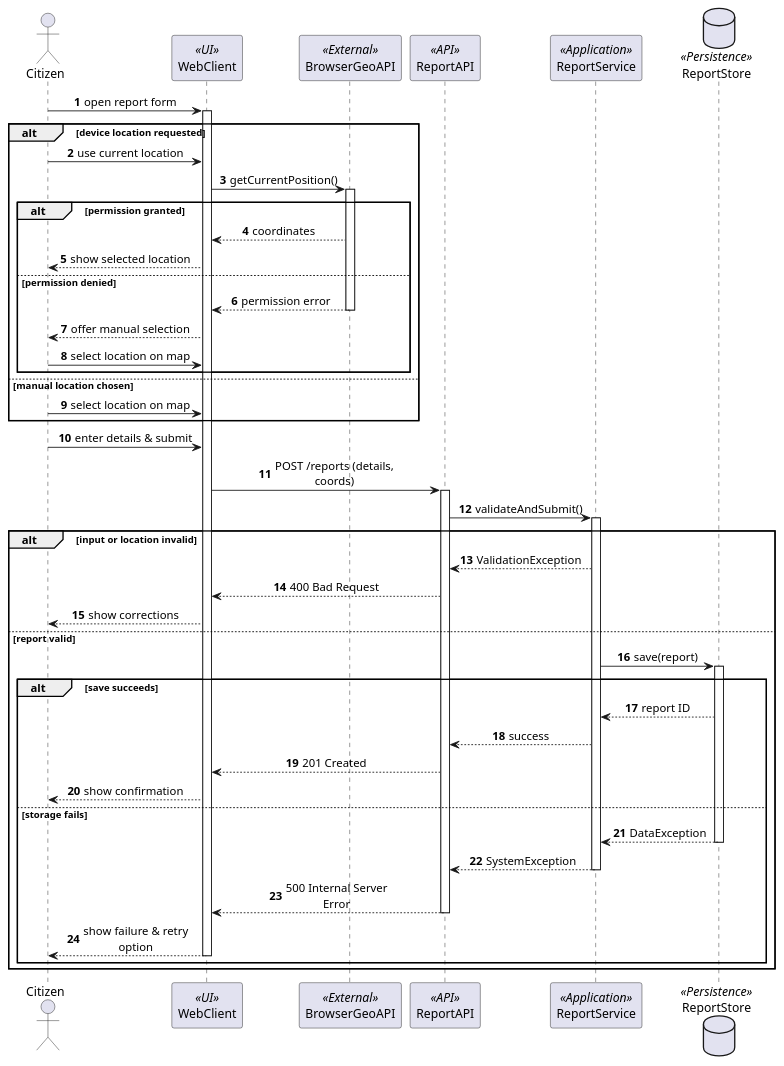
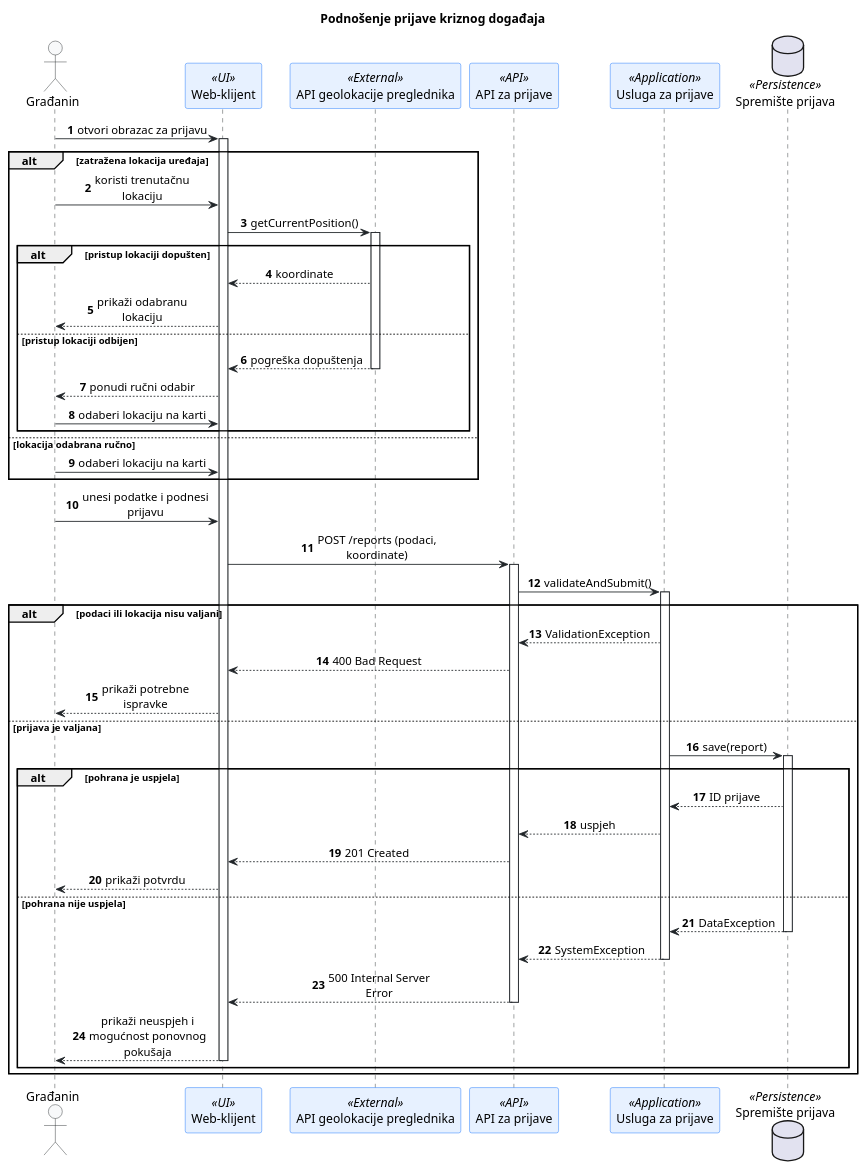
Before and after one commit to VladoSruk/Programsko-inzenjerstvo: the diagram in docs/puml/4-4-crisismap-report-submission-SD.puml, drawn with PlantUML. The commit also changed other lines of this file and 9 other files, not shown here.

First line of the commit message:
docs(uml): osvježi i standardiziraj CrisisMap UML dokumentaciju

```diff
--- a/docs/puml/4-4-crisismap-report-submission-SD.puml
+++ b/docs/puml/4-4-crisismap-report-submission-SD.puml
@@ -30,71 +19,80 @@
 @startuml
+title Podnošenje prijave kriznog događaja
 
 skinparam maxMessageSize 150
 skinparam shadowing false
 skinparam defaultFontName Arial
 skinparam sequenceMessageAlign center
+skinparam ArrowColor #212529
+
+skinparam sequence {
+    ParticipantBackgroundColor #E7F1FF
+    ParticipantBorderColor #0D6EFD
+    ActorBackgroundColor #F8F9FA
+    ActorBorderColor #212529
+    LifeLineBorderColor #212529
+}
 
 autonumber
 
 ' ==============================================================================
-' Lifelines (Stereotyped)
+' Sudionici (sa stereotipima)
 ' ==============================================================================
-actor Citizen as User
-participant WebClient as Web <<UI>>
-participant BrowserGeoAPI as Geo <<External>>
-participant ReportAPI as API <<API>>
-participant ReportService as Service <<Application>>
-database ReportStore as Store <<Persistence>>
+actor "Građanin" as User
+participant "Web-klijent" as Web <<UI>>
+participant "API geolokacije preglednika" as Geo <<External>>
+participant "API za prijave" as API <<API>>
+participant "Usluga za prijave" as Service <<Application>>
+database "Spremište prijava" as Store <<Persistence>>
 
 ' ==============================================================================
-' Phase 1: Location Resolution
+' Faza 1: određivanje lokacije
 ' ==============================================================================
-User -> Web++ : open report form
+User -> Web++ : otvori obrazac za prijavu
 
-alt device location requested
-  User -> Web : use current location
+alt zatražena lokacija uređaja
+  User -> Web : koristi trenutačnu lokaciju
   Web -> Geo++ : getCurrentPosition()
-  
-  alt permission granted
-    Geo --> Web : coordinates
-    Web --> User : show selected location
-  else permission denied
-    Geo --> Web-- : permission error
-    Web --> User : offer manual selection
-    User -> Web : select location on map
+
+  alt pristup lokaciji dopušten
+    Geo --> Web : koordinate
+    Web --> User : prikaži odabranu lokaciju
+  else pristup lokaciji odbijen
+    Geo --> Web-- : pogreška dopuštenja
+    Web --> User : ponudi ručni odabir
+    User -> Web : odaberi lokaciju na karti
   end
-  
-else manual location chosen
-  User -> Web : select location on map
+
+else lokacija odabrana ručno
+  User -> Web : odaberi lokaciju na karti
 end
 
 ' ==============================================================================
-' Phase 2: Submission, Validation & Storage
+' Faza 2: podnošenje, validacija i pohrana
 ' ==============================================================================
-User -> Web : enter details & submit
-Web -> API++ : POST /reports (details, coords)
+User -> Web : unesi podatke i podnesi prijavu
+Web -> API++ : POST /reports (podaci, koordinate)
 API -> Service++ : validateAndSubmit()
 
-alt input or location invalid
+alt podaci ili lokacija nisu valjani
   Service --> API : ValidationException
   API --> Web : 400 Bad Request
-  Web --> User : show corrections
-  
-else report valid
+  Web --> User : prikaži potrebne ispravke
+
+else prijava je valjana
   Service -> Store++ : save(report)
-  
-  alt save succeeds
-    Store --> Service : report ID
-    Service --> API : success
+
+  alt pohrana je uspjela
+    Store --> Service : ID prijave
+    Service --> API : uspjeh
     API --> Web : 201 Created
-    Web --> User : show confirmation
-    
-  else storage fails
+    Web --> User : prikaži potvrdu
+
+  else pohrana nije uspjela
     Store --> Service-- : DataException
     Service --> API-- : SystemException
     API --> Web-- : 500 Internal Server Error
-    Web --> User-- : show failure & retry option
+    Web --> User-- : prikaži neuspjeh i mogućnost ponovnog pokušaja
   end
 end
-
 @enduml
```
